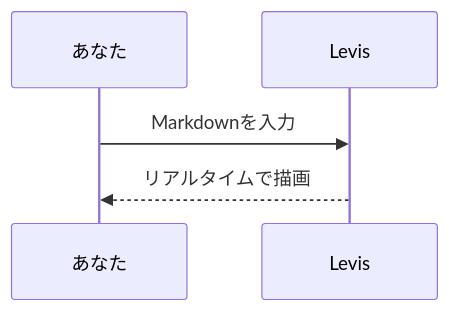
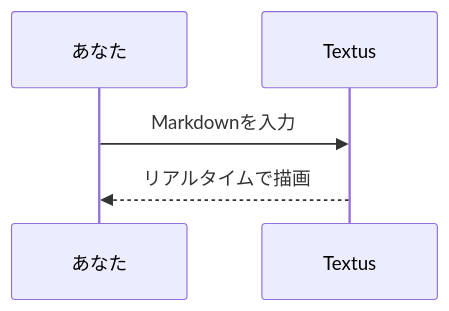
One commit to CatVinci-Studio/Levis changed the third of 3 diagrams in src/help/markdown-guide.ja.md. Above: the diagram before and after it, drawn with Mermaid. The commit also changed other lines of this file and 219 other files, not shown here.

````diff
--- a/src/help/markdown-guide.ja.md
+++ b/src/help/markdown-guide.ja.md
@@ -113,7 +113,7 @@
 ```mermaid
 sequenceDiagram
     participant あなた
-    participant Levis
-    あなた->>Levis: Markdownを入力
-    Levis-->>あなた: リアルタイムで描画
+    participant Textus
+    あなた->>Textus: Markdownを入力
+    Textus-->>あなた: リアルタイムで描画
 ```
````
